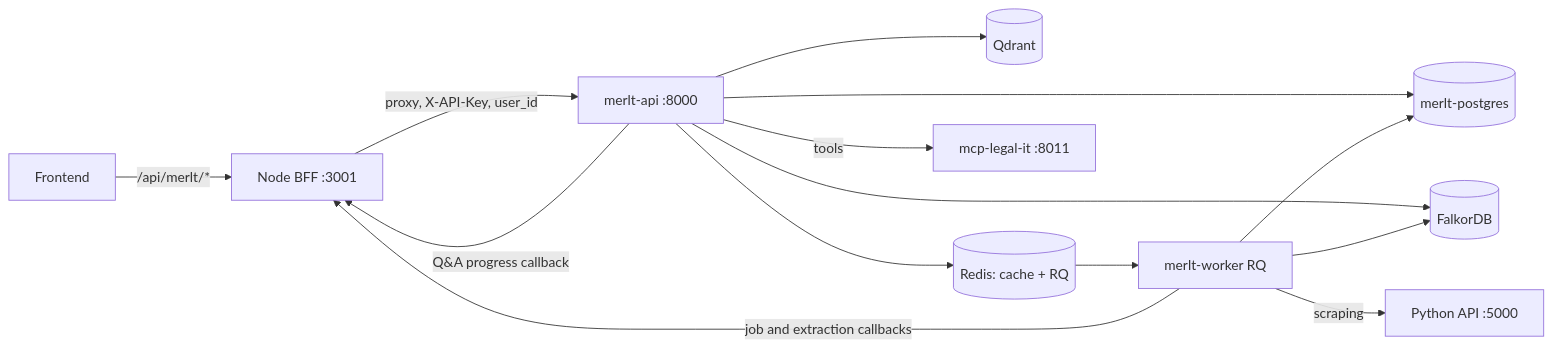
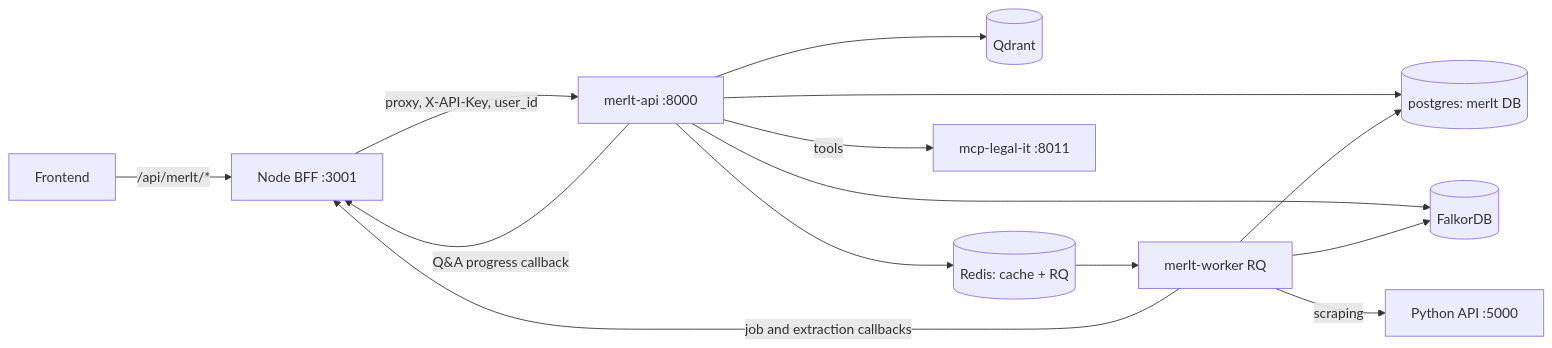
Before and after one commit to capazme/VisuaLexAPI: the second of 7 diagrams in docs/architecture.md, drawn with Mermaid. The commit also changed other lines of this file and 10 other files, not shown here.

````diff
--- a/docs/architecture.md
+++ b/docs/architecture.md
@@ -152,16 +152,16 @@
 ```mermaid
 graph LR
     FE[Frontend] -->|/api/merlt/*| BFF[Node BFF :3001]
     BFF -->|proxy, X-API-Key, user_id| API[merlt-api :8000]
-    API --> PG[(merlt-postgres)]
+    API --> PG[(postgres: merlt DB)]
     API --> FK[(FalkorDB)]
     API --> QD[(Qdrant)]
     API --> RD[(Redis: cache + RQ)]
     API -->|tools| MCP[mcp-legal-it :8011]
     RD --> WK[merlt-worker RQ]
     WK --> FK
     WK --> PG
     WK -->|job and extraction callbacks| BFF
     API -->|Q&A progress callback| BFF
     WK -->|scraping| PY[Python API :5000]
 ```
````
